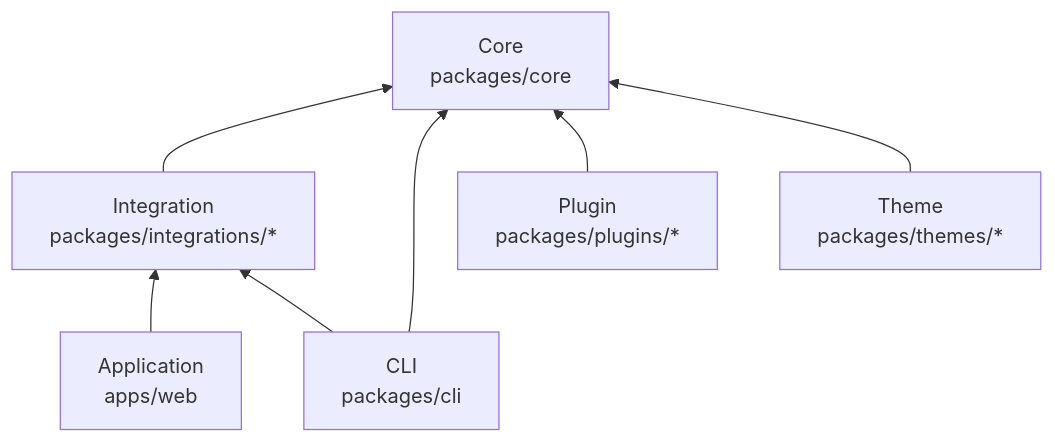
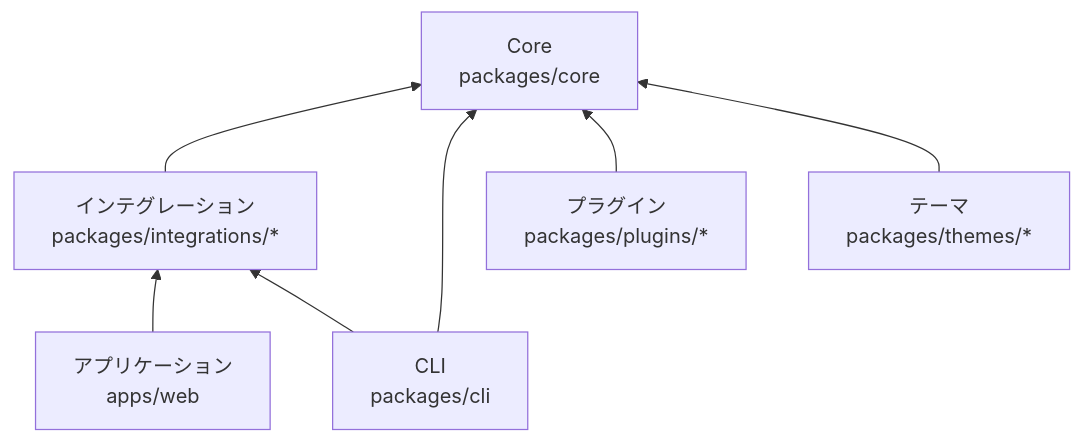
Before and after one commit to Rerurate514/riebeckite: the first of 7 diagrams in docs/docs/framework/architecture.ja.md, drawn with Mermaid. The commit also changed other lines of this file and 310 other files, not shown here.

````diff
--- a/docs/docs/framework/architecture.ja.md
+++ b/docs/docs/framework/architecture.ja.md
@@ -20,16 +16,16 @@
 ```mermaid id="p4fcge"
 flowchart BT
-    App["Application<br/>apps/web"]
-    Integration["Integration<br/>packages/integrations/*"]
+    App["アプリケーション<br/>apps/web"]
+    Integration["インテグレーション<br/>packages/integrations/*"]
     CLI["CLI<br/>packages/cli"]
-    Plugin["Plugin<br/>packages/plugins/*"]
-    Theme["Theme<br/>packages/themes/*"]
+    Plugin["プラグイン<br/>packages/plugins/*"]
+    Theme["テーマ<br/>packages/themes/*"]
     Core["Core<br/>packages/core"]
 
     App --> Integration
     Integration --> Core
     CLI --> Integration
     CLI --> Core
     Plugin --> Core
     Theme --> Core
 ```
````
